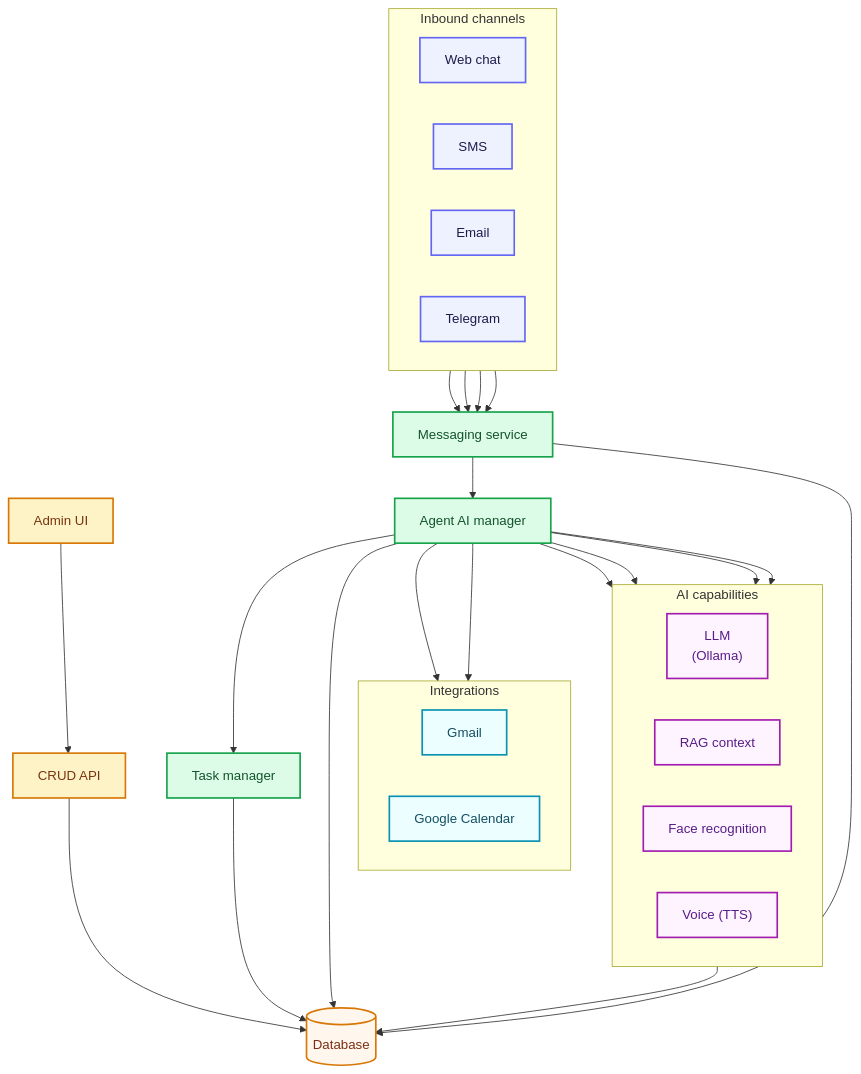
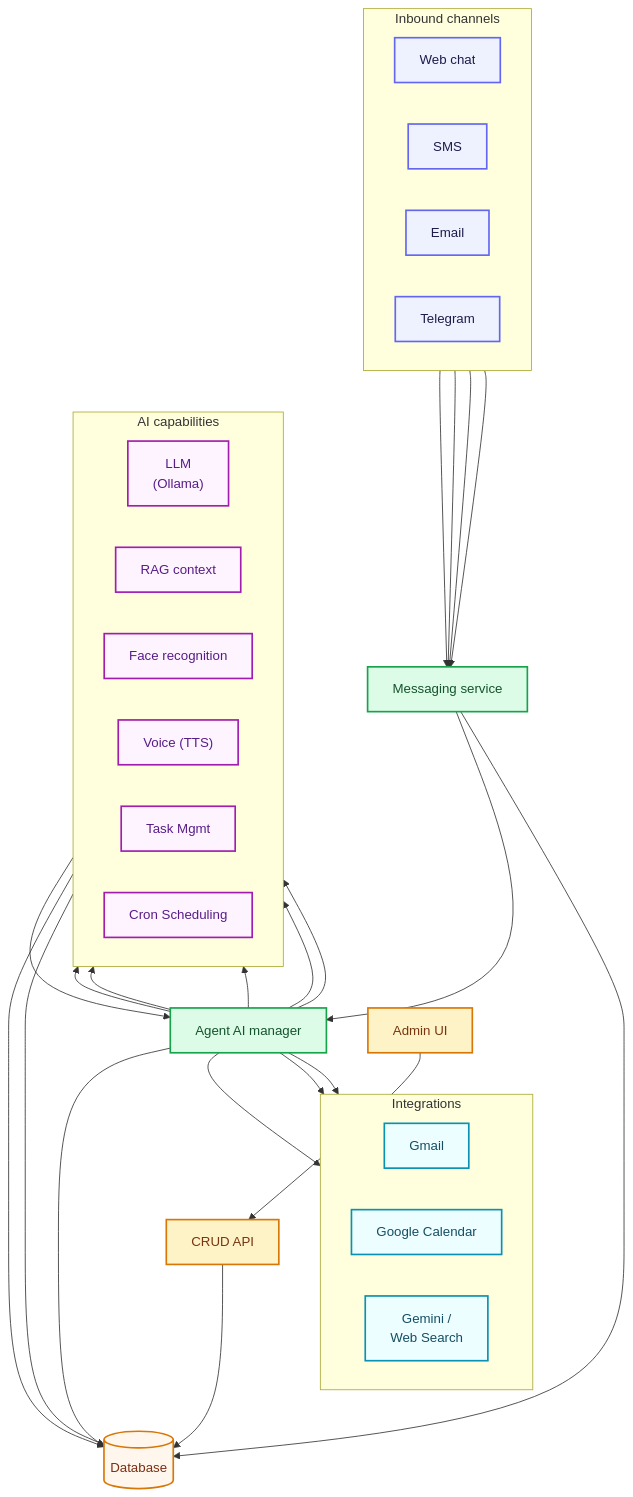
The first of 2 diagrams in README.md (bjm88/family-assistant), drawn with Mermaid before and after one commit. The commit also changed other lines of this file, not shown here.

Commit message:
diagram update

````diff
--- a/README.md
+++ b/README.md
@@ -81,6 +81,8 @@
         RAG["RAG context"]
         Face["Face recognition"]
         Voice["Voice (TTS)"]
+        Tasks["Task Mgmt"]
+        Cron["Cron Scheduling"]
     end
 
     %% ─── Integrations ───────────────────────────────────────────
@@ -88,9 +90,9 @@
         direction LR
         Gmail["Gmail"]
         GCal["Google Calendar"]
+        Gemini["Gemini /<br/>Web Search"]
     end
 
-    Tasks["Task manager"]
     DB[("Database")]
 
     %% ─── Wiring ─────────────────────────────────────────────────
@@ -118,10 +120,12 @@
     Agent --> Tasks
     Agent --> Gmail
     Agent --> GCal
+    Agent --> Gemini
     Agent --> DB
 
+    Cron --> Agent
+    Tasks --> DB
     RAG --> DB
-    Tasks --> DB
 
     classDef inbound fill:#eef2ff,stroke:#6366f1,color:#1e1b4b,stroke-width:2px
     classDef core fill:#dcfce7,stroke:#16a34a,color:#14532d,stroke-width:2px
@@ -130,9 +134,9 @@
     classDef integ fill:#ecfeff,stroke:#0891b2,color:#164e63,stroke-width:2px
     classDef data fill:#fff7ed,stroke:#d97706,color:#7c2d12,stroke-width:2px
     class Web,SMS,Email,Telegram inbound
-    class Hub,Agent,Tasks core
+    class Hub,Agent core
     class AdminUI,CRUD admin
-    class LLM,RAG,Face,Voice ai
-    class Gmail,GCal integ
+    class LLM,RAG,Face,Voice,Tasks,Cron ai
+    class Gmail,GCal,Gemini integ
     class DB data
 ```
````
